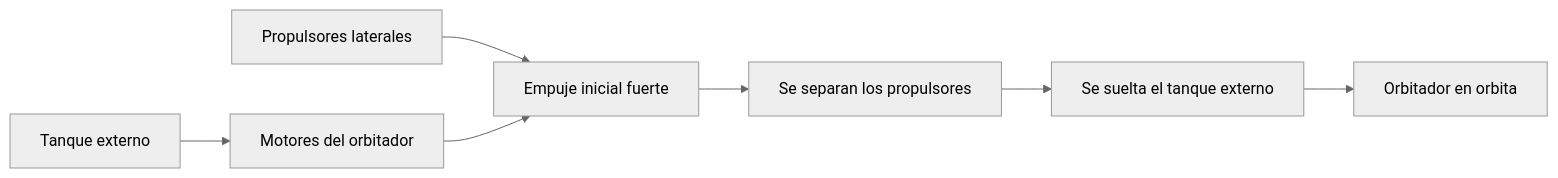
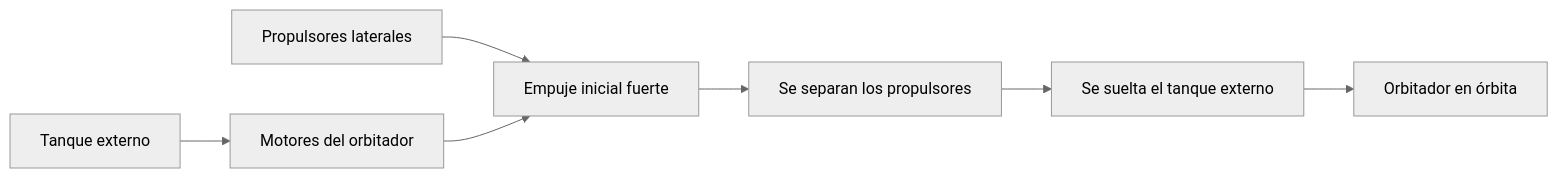
One commit to vladimiracunadev-create/machine-operator-program changed the second of 3 diagrams in vehiculos/transbordadores/operacion/sistemas-mecanicos-transbordador.md. Above: the diagram before and after it, drawn with Mermaid (neutral theme). The commit also changed other lines of this file and 442 other files, not shown here.

````diff
--- a/vehiculos/transbordadores/operacion/sistemas-mecanicos-transbordador.md
+++ b/vehiculos/transbordadores/operacion/sistemas-mecanicos-transbordador.md
@@ -36,9 +36,9 @@
 ```mermaid
 flowchart LR
     Propulsores[Propulsores laterales] --> Sube[Empuje inicial fuerte]
     Tanque[Tanque externo] --> Motores[Motores del orbitador]
     Motores --> Sube
     Sube --> Separa1[Se separan los propulsores]
     Separa1 --> Separa2[Se suelta el tanque externo]
-    Separa2 --> Orbita[Orbitador en orbita]
+    Separa2 --> Orbita[Orbitador en órbita]
 ```
````
